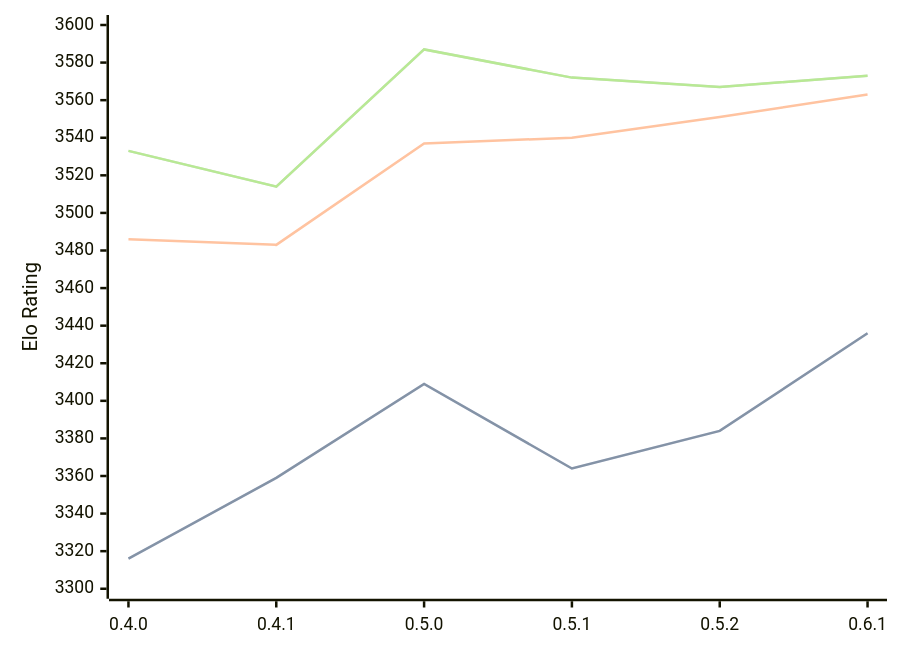
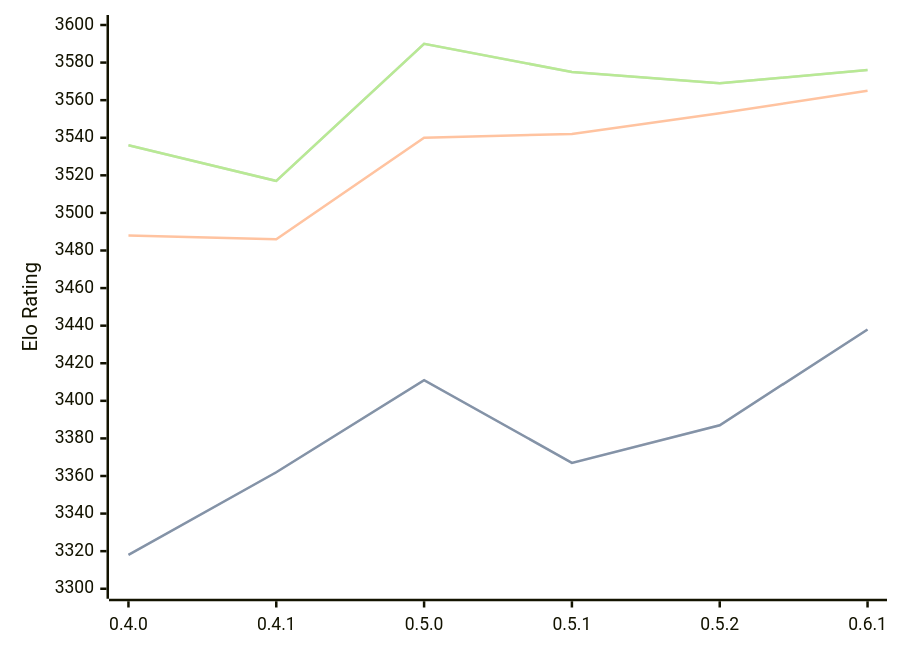
The diagram in engines/Cinder.md (computer-chess-index/cci), drawn with Mermaid before and after one commit. The commit also changed other lines of this file, not shown here.

Commit message:
Update CCI Ratings (ELO VLTC) - 2026-09-24

````diff
--- a/engines/Cinder.md
+++ b/engines/Cinder.md
@@ -37,11 +37,11 @@
 ```mermaid
 %%{init: {"theme":"base","themeVariables":{"seriesColors:['#a3a3a3','#222221','#faa371']}}}%%
 xychart-beta
   x-axis ["0.4.0", "0.4.1", "0.5.0", "0.5.1", "0.5.2", "0.6.1"]
   y-axis "Elo Rating" 3300 --> 3600
-  line "" [3316, 3359, 3409, 3364, 3384, 3436]
-  line "STC (8.0+0.08s)" [3316, 3359, 3409, 3364, 3384, 3436]
-  line "LTC (60.0+0.60s)" [3486, 3483, 3537, 3540, 3551, 3563]
-  line "" [3533, 3514, 3587, 3572, 3567, 3573]
-  line "VLTC (2m24s+1.12s)" [3533, 3514, 3587, 3572, 3567, 3573]
+  line "" [3318, 3362, 3411, 3367, 3387, 3438]
+  line "STC (8.0+0.08s)" [3318, 3362, 3411, 3367, 3387, 3438]
+  line "LTC (60.0+0.60s)" [3488, 3486, 3540, 3542, 3553, 3565]
+  line "" [3536, 3517, 3590, 3575, 3569, 3576]
+  line "VLTC (2m24s+1.12s)" [3536, 3517, 3590, 3575, 3569, 3576]
 ```
````
